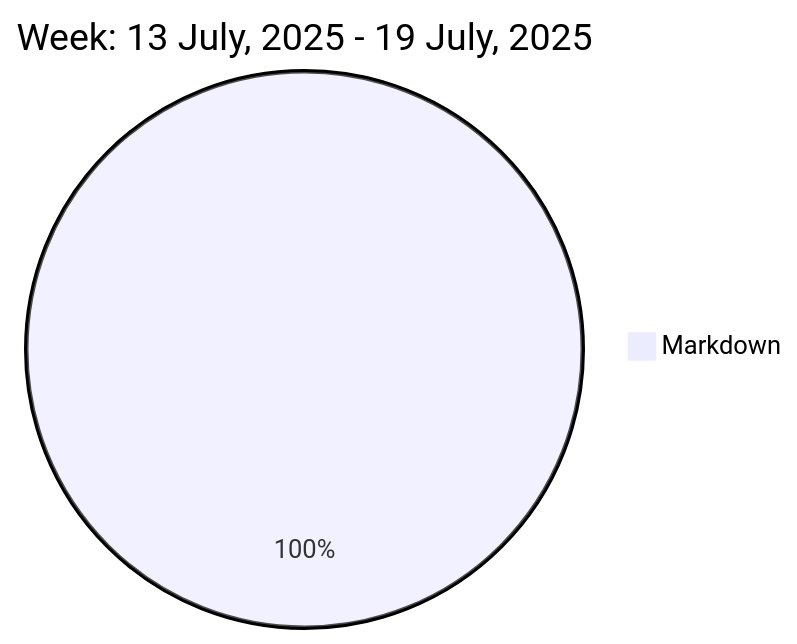
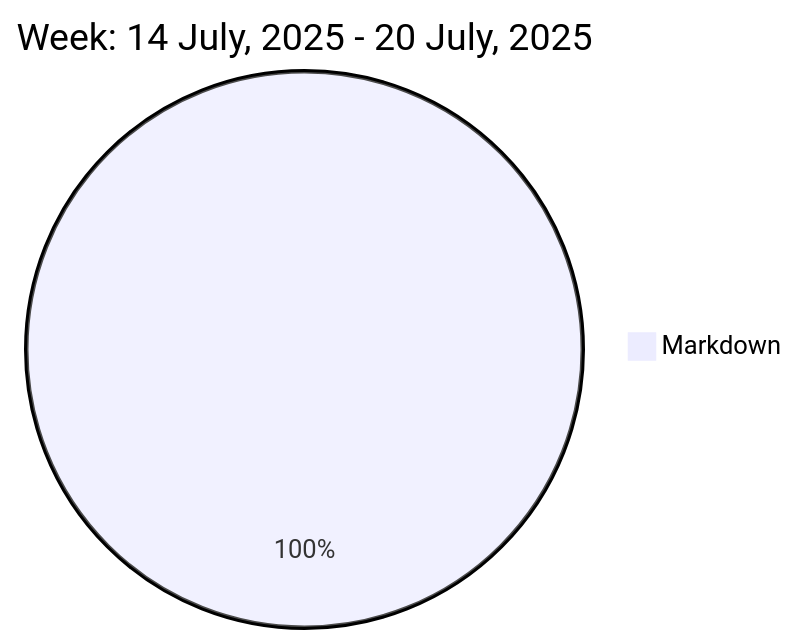
Before and after one commit to liubin95/liubin95: the diagram in README.md, drawn with Mermaid.

Commit message:
Updated the Graph with new Metrics

````diff
--- a/README.md
+++ b/README.md
@@ -37,5 +37,5 @@
 ```mermaid
  pie
-title Week: 13 July, 2025 - 19 July, 2025
- "Markdown" : 2.15
+title Week: 14 July, 2025 - 20 July, 2025
+ "Markdown" : 2.18
 ```
````
